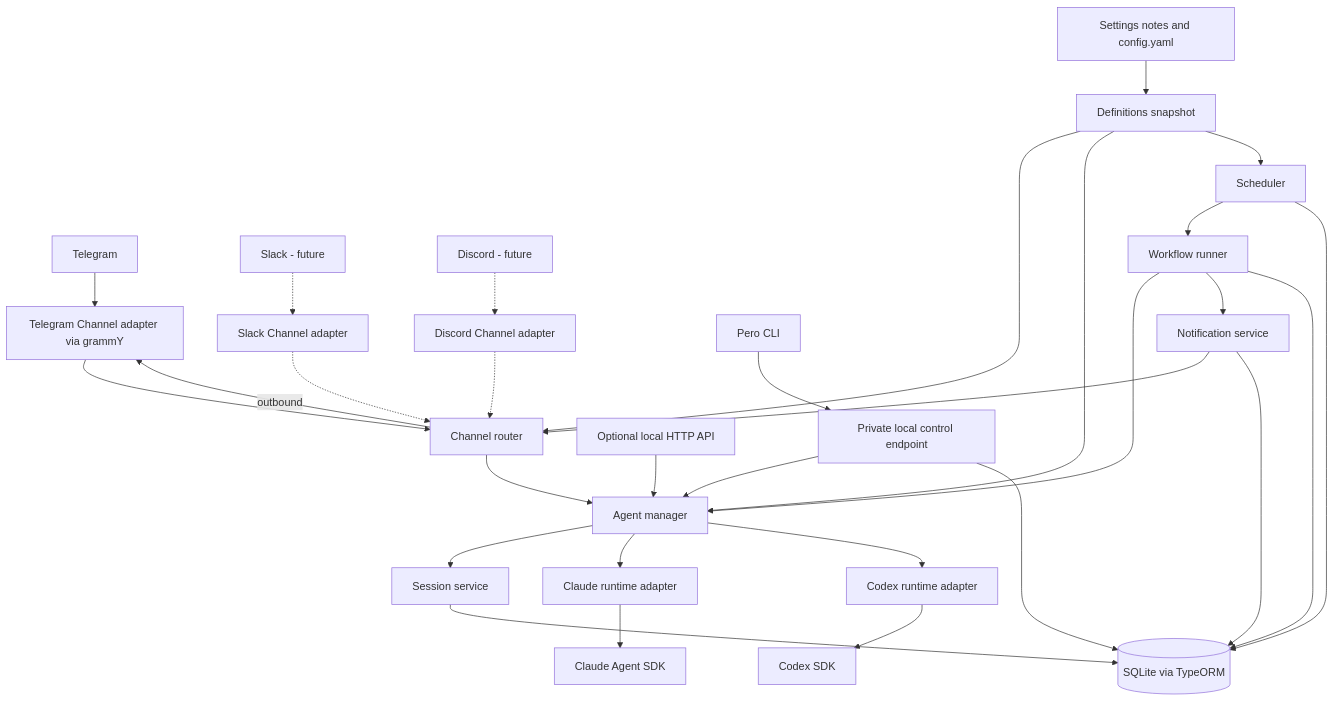
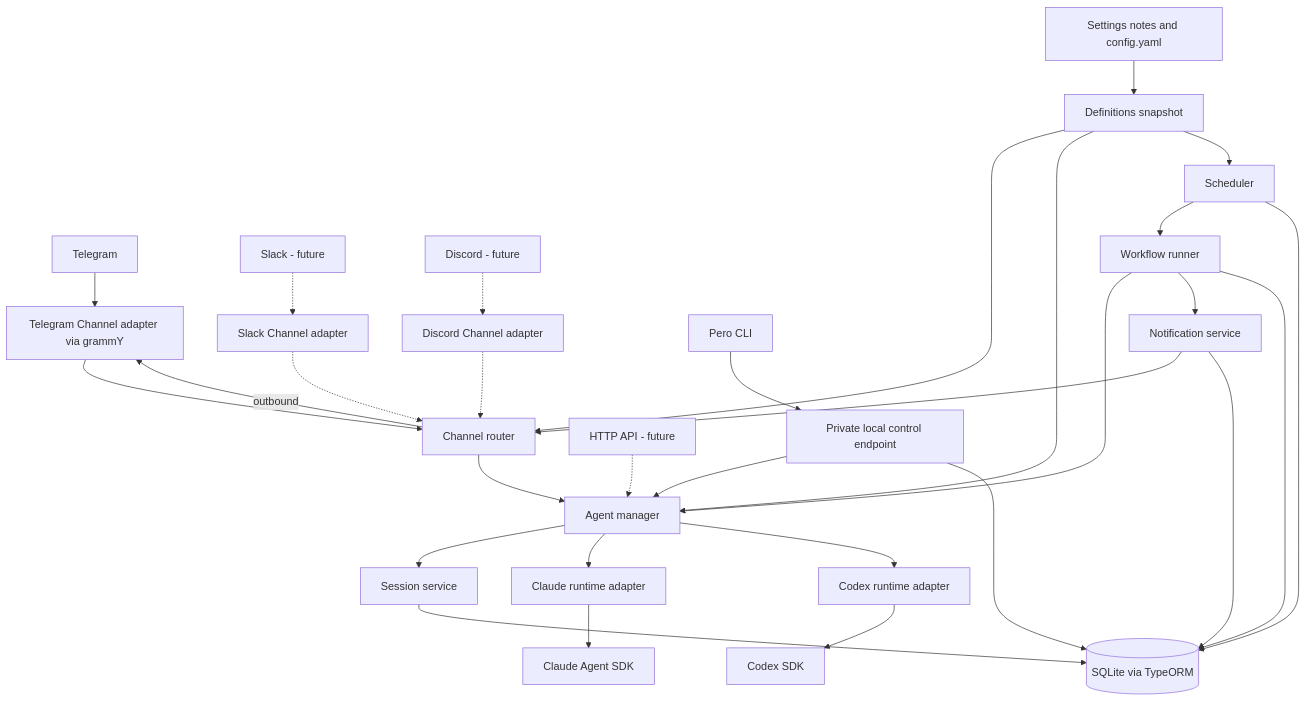
Before and after one commit to istepachev/pero: the diagram in docs/ARCHITECTURE.md, drawn with Mermaid. The commit also changed other lines of this file and 6 other files, not shown here.

````diff
--- a/docs/ARCHITECTURE.md
+++ b/docs/ARCHITECTURE.md
@@ -59,32 +59,32 @@
 ```mermaid
 flowchart TD
     T[Telegram] --> TA[Telegram Channel adapter via grammY]
     SL[Slack - future] -.-> SA[Slack Channel adapter]
     DI[Discord - future] -.-> DA[Discord Channel adapter]
     TA --> C[Channel router]
     SA -.-> C
     DA -.-> C
     C --> AM[Agent manager]
-    API[Optional local HTTP API] --> AM
+    API[HTTP API - future] -.-> AM
     CLI[Pero CLI] --> CT[Private local control endpoint]
     CT --> AM
     CT --> DB
     F[Settings notes and config.yaml] --> D[Definitions snapshot]
     D --> C
     D --> AM
     D --> S
     S[Scheduler] --> WR[Workflow runner]
     WR --> AM
     AM --> SE[Session service]
     AM --> CR[Claude runtime adapter]
     AM --> XR[Codex runtime adapter]
     CR --> CA[Claude Agent SDK]
     XR --> CX[Codex SDK]
     WR --> N[Notification service]
     N --> C
     C -- outbound --> TA
     SE --> DB[(SQLite via TypeORM)]
     S --> DB
     WR --> DB
     N --> DB
 ```
````
